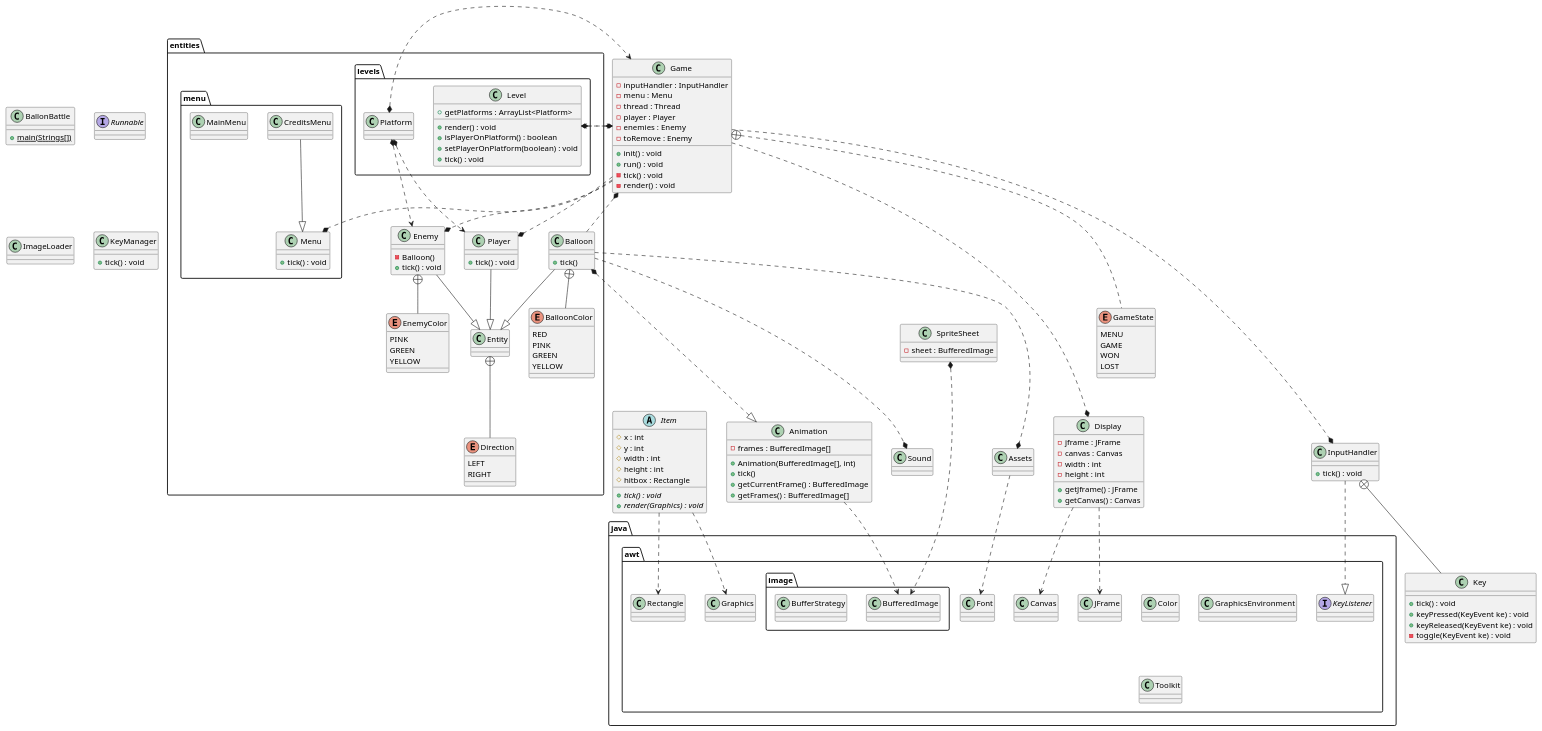
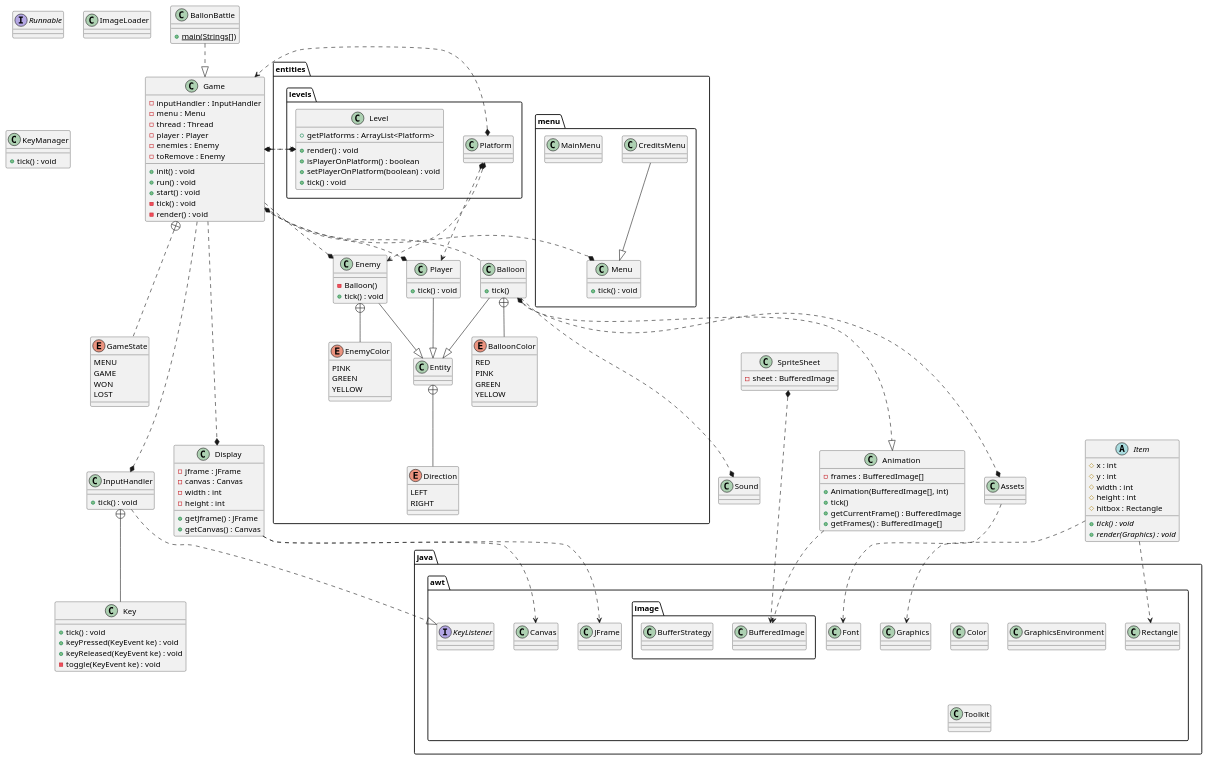
Before and after one commit to carl-stewart/balloon-battle: the diagram in doc/1-UML.puml, drawn with PlantUML.

```diff
--- a/doc/1-UML.puml
+++ b/doc/1-UML.puml
@@ -27,8 +27,9 @@
 }
 
 class Game {
-+init() : void
-+run() : void
++ init() : void
++ run() : void
++ start() : void
 -tick() : void
 -render() : void
 -inputHandler : InputHandler
@@ -165,7 +166,7 @@
         class BufferStrategy
     }
 }
-
+BallonBattle ..|> Game
 Balloon +-- BalloonColor
 Balloon --|> Entity
 
```
